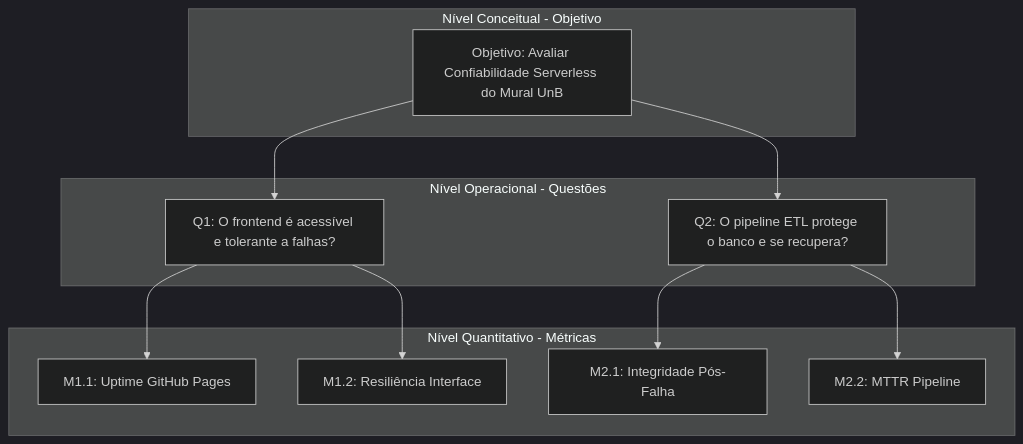
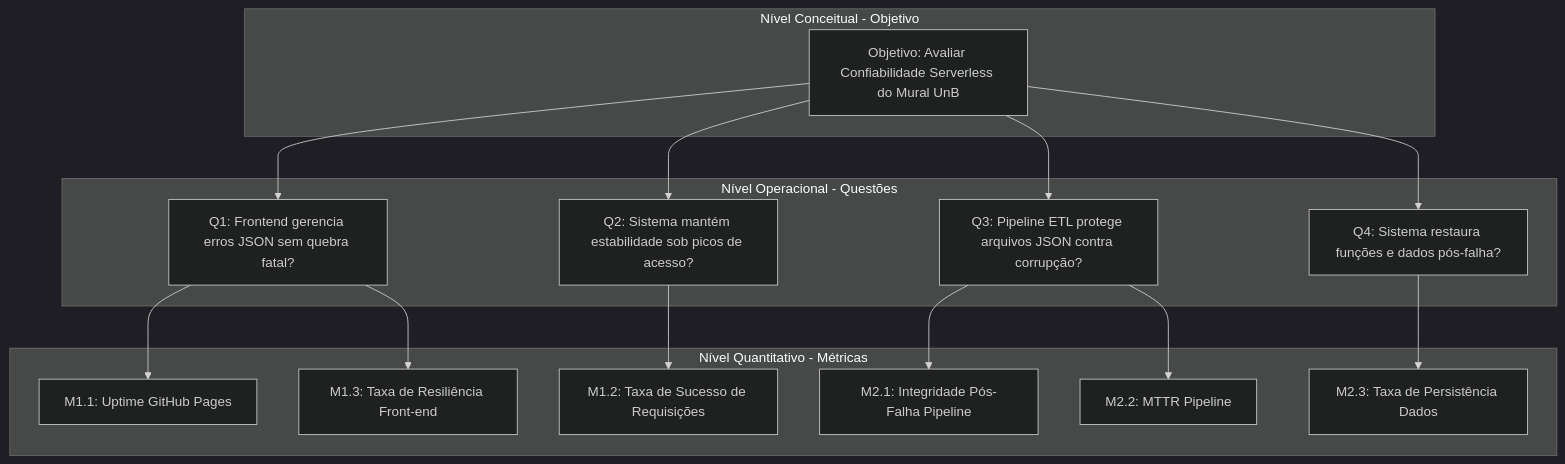
One commit to FCTE-Qualidade-de-Software-1/2026-1_T02_ROBERTA_WILLIAMS changed the diagram in docs/fase2/confiabilidade.md. Above: the diagram before and after it, drawn with Mermaid (dark theme). The commit also changed other lines of this file, not shown here.

````diff
--- a/docs/fase2/confiabilidade.md
+++ b/docs/fase2/confiabilidade.md
@@ -90,26 +79,34 @@
 ```mermaid
 graph TD
     subgraph Nivel_Conceitual [Nível Conceitual - Objetivo]
         O[Objetivo: Avaliar Confiabilidade Serverless do Mural UnB]
     end
 
     subgraph Nivel_Operacional [Nível Operacional - Questões]
-        Q1[Q1: O frontend é acessível e tolerante a falhas?]
-        Q2[Q2: O pipeline ETL protege o banco e se recupera?]
+        Q1[Q1: Frontend gerencia erros JSON sem quebra fatal?]
+        Q2[Q2: Sistema mantém estabilidade sob picos de acesso?]
+        Q3[Q3: Pipeline ETL protege arquivos JSON contra corrupção?]
+        Q4[Q4: Sistema restaura funções e dados pós-falha?]
     end
 
     subgraph Nivel_Quantitativo [Nível Quantitativo - Métricas]
         M1_1[M1.1: Uptime GitHub Pages]
-        M1_2[M1.2: Resiliência Interface]
-        M2_1[M2.1: Integridade Pós-Falha]
+        M1_2[M1.2: Taxa de Sucesso de Requisições]
+        M1_3[M1.3: Taxa de Resiliência Front-end]
+        M2_1[M2.1: Integridade Pós-Falha Pipeline]
         M2_2[M2.2: MTTR Pipeline]
+        M2_3[M2.3: Taxa de Persistência Dados]
     end
 
     O --> Q1
     O --> Q2
+    O --> Q3
+    O --> Q4
     Q1 --> M1_1
-    Q1 --> M1_2
-    Q2 --> M2_1
-    Q2 --> M2_2
+    Q1 --> M1_3
+    Q2 --> M1_2
+    Q3 --> M2_1
+    Q3 --> M2_2
+    Q4 --> M2_3
 
 ```
````
